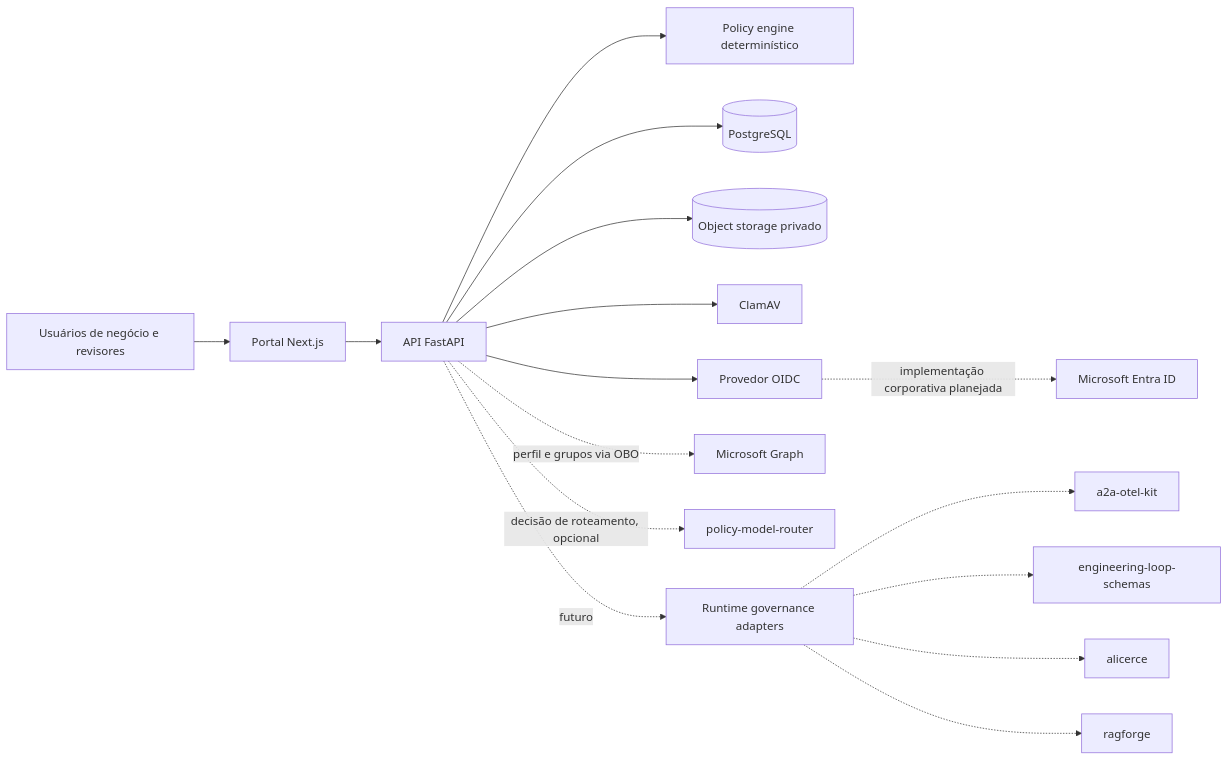
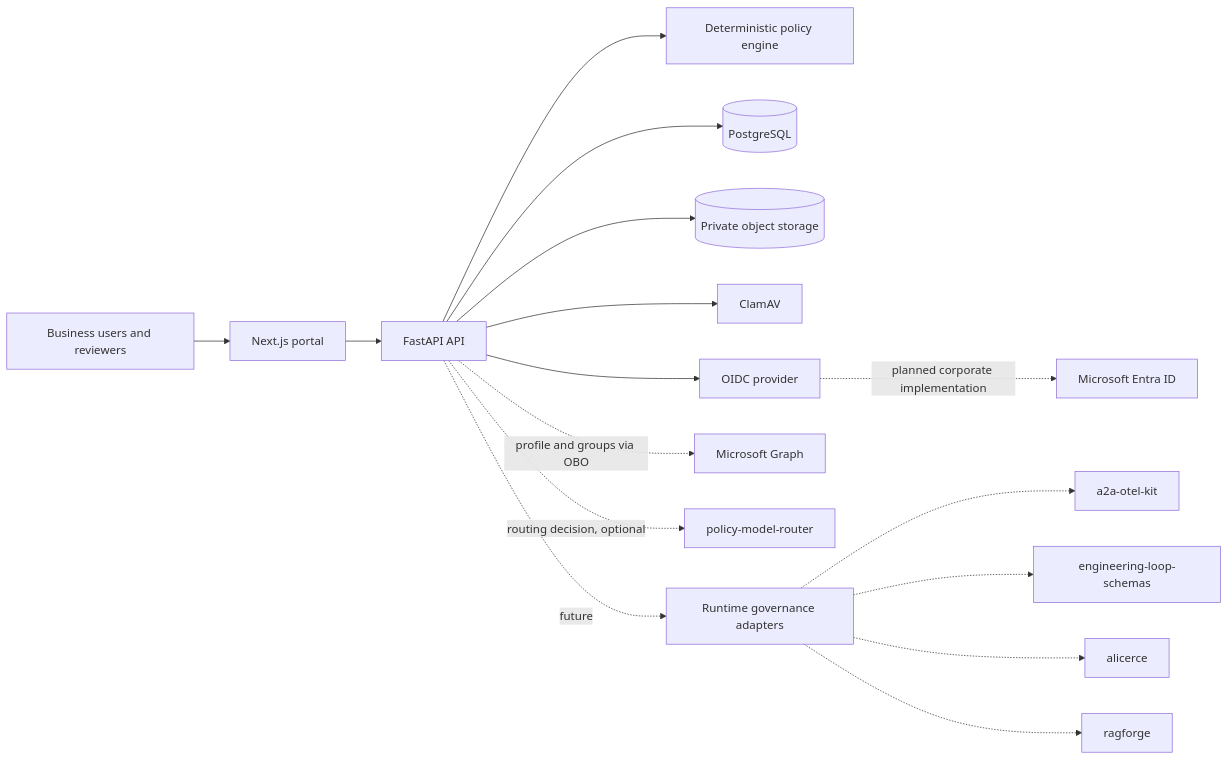
The first of 3 diagrams in docs/architecture/ARCHITECTURE.md (brunovicco/verifiable-ai-governance), drawn with Mermaid before and after one commit. The commit also changed other lines of this file and 42 other files, not shown here.

````diff
--- a/docs/architecture/ARCHITECTURE.md
+++ b/docs/architecture/ARCHITECTURE.md
@@ -5,18 +5,18 @@
 ```mermaid
 flowchart LR
-  U["Usuários de negócio e revisores"] --> W["Portal Next.js"]
-  W --> A["API FastAPI"]
-  A --> P["Policy engine determinístico"]
+  U["Business users and reviewers"] --> W["Next.js portal"]
+  W --> A["FastAPI API"]
+  A --> P["Deterministic policy engine"]
   A --> D[(PostgreSQL)]
-  A --> S[("Object storage privado")]
+  A --> S[("Private object storage")]
   A --> C["ClamAV"]
-  A --> O["Provedor OIDC"]
-  O -. "implementação corporativa planejada" .-> E["Microsoft Entra ID"]
-  A -. "perfil e grupos via OBO" .-> G["Microsoft Graph"]
-  A -. "decisão de roteamento, opcional" .-> PMR["policy-model-router"]
-  A -. futuro .-> R["Runtime governance adapters"]
+  A --> O["OIDC provider"]
+  O -. "planned corporate implementation" .-> E["Microsoft Entra ID"]
+  A -. "profile and groups via OBO" .-> G["Microsoft Graph"]
+  A -. "routing decision, optional" .-> PMR["policy-model-router"]
+  A -. future .-> R["Runtime governance adapters"]
   R -.-> OTEL["a2a-otel-kit"]
   R -.-> ELS["engineering-loop-schemas"]
   R -.-> ALI["alicerce"]
   R -.-> RAG["ragforge"]
 ```
````
